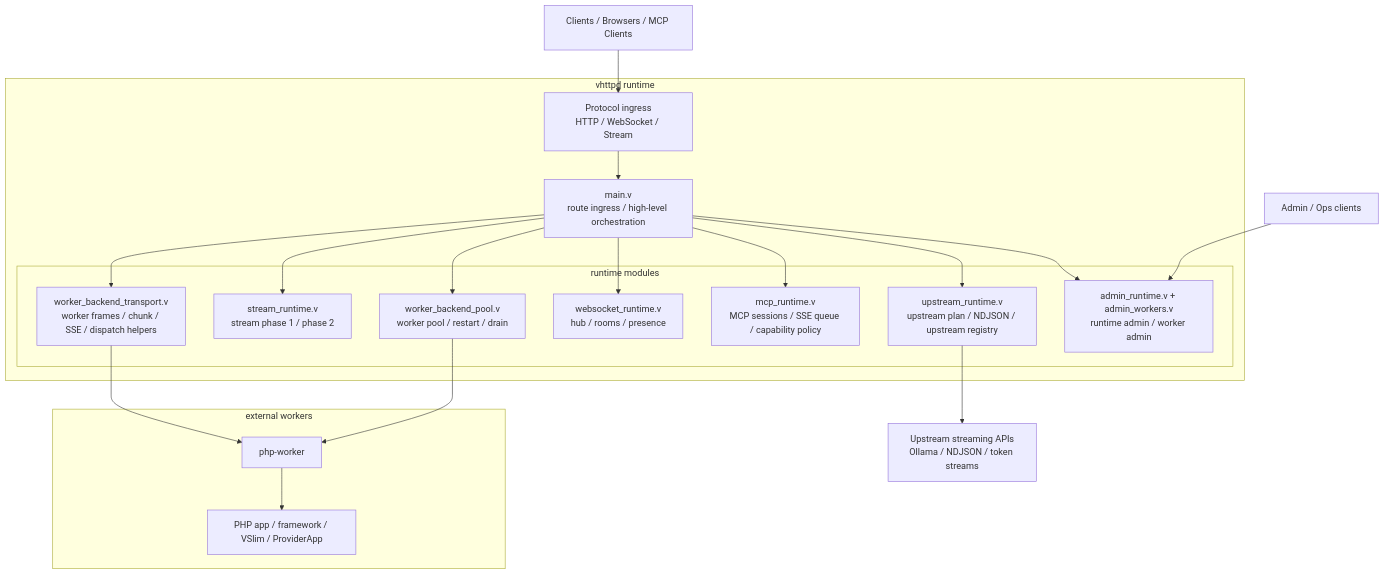
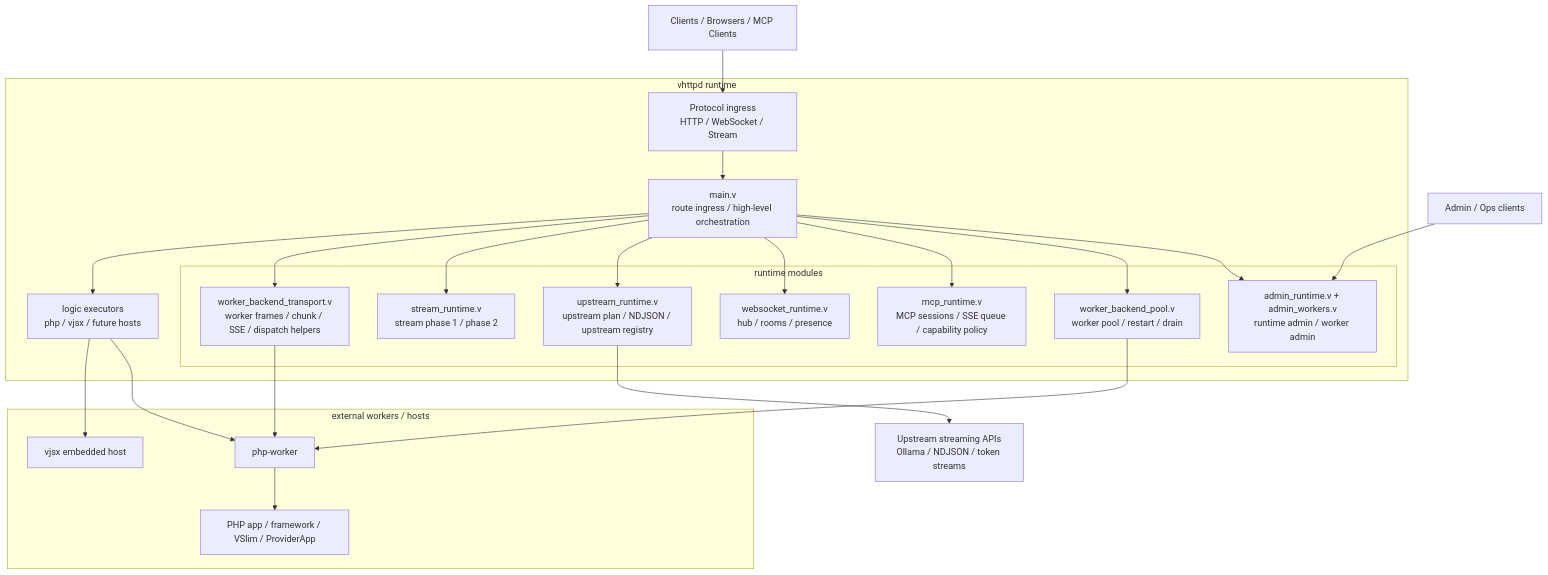
The first of 2 diagrams in README.md (guweigang/vhttpd), drawn with Mermaid before and after one commit. The commit also changed other lines of this file and 1 other file, not shown here.

````diff
--- a/README.md
+++ b/README.md
@@ -68,38 +84,43 @@
 ```mermaid
 flowchart TB
     Client["Clients / Browsers / MCP Clients"]
     subgraph VHTTPD["vhttpd runtime"]
         Ingress["Protocol ingress\nHTTP / WebSocket / Stream"]
         Main["main.v\nroute ingress / high-level orchestration"]
         subgraph Runtime["runtime modules"]
             Transport["worker_backend_transport.v\nworker frames / chunk / SSE / dispatch helpers"]
             Stream["stream_runtime.v\nstream phase 1 / phase 2"]
             Upstream["upstream_runtime.v\nupstream plan / NDJSON / upstream registry"]
             Ws["websocket_runtime.v\nhub / rooms / presence"]
             Mcp["mcp_runtime.v\nMCP sessions / SSE queue / capability policy"]
             Pool["worker_backend_pool.v\nworker pool / restart / drain"]
             Admin["admin_runtime.v + admin_workers.v\nruntime admin / worker admin"]
         end
+        Exec["logic executors\nphp / vjsx / future hosts"]
     end
-    subgraph WorkerSide["external workers"]
+    subgraph WorkerSide["external workers / hosts"]
         PhpWorker["php-worker"]
         PhpApp["PHP app / framework / VSlim / ProviderApp"]
+        VjsxHost["vjsx embedded host"]
     end
     UpstreamApi["Upstream streaming APIs\nOllama / NDJSON / token streams"]
     AdminClient["Admin / Ops clients"]
 
     Client --> Ingress
     Ingress --> Main
+    Main --> Exec
     Main --> Transport
     Main --> Stream
     Main --> Upstream
     Main --> Ws
     Main --> Mcp
     Main --> Pool
     Main --> Admin
+    Exec --> VjsxHost
+    Exec --> PhpWorker
     Transport --> PhpWorker
     Pool --> PhpWorker
     PhpWorker --> PhpApp
     Upstream --> UpstreamApi
     AdminClient --> Admin
 ```
````
